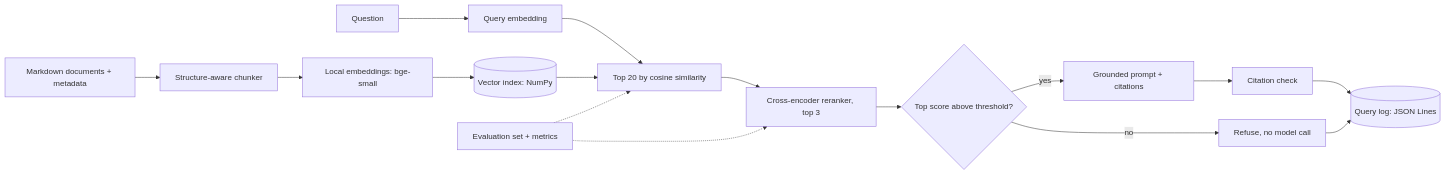
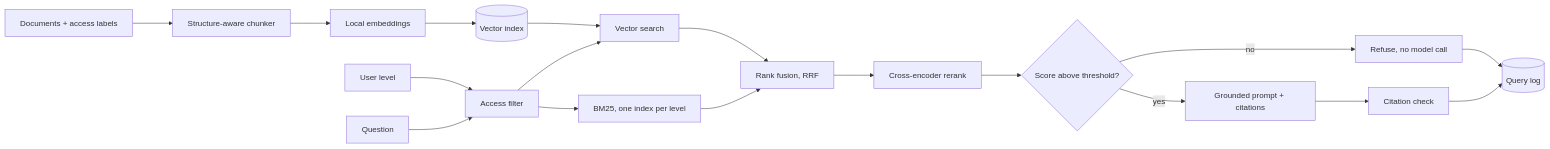
The diagram in 02-rag-app/README.md (RevDevBev/ai-platform-ProjectX84), drawn with Mermaid before and after one commit. The commit also changed other lines of this file and 2 other files, not shown here.

Commit message:
Update RAG ReadMe: retrieval comparsion, access control, tests

````diff
--- a/02-rag-app/README.md
+++ b/02-rag-app/README.md
@@ -11,18 +11,21 @@
 ```mermaid
+%%{init: {"flowchart": {"nodeSpacing": 50, "rankSpacing": 80, "diagramPadding": 900}}}%%
 flowchart LR
-  D[Markdown documents + metadata] --> C[Structure-aware chunker]
-  C --> E[Local embeddings: bge-small]
-  E --> I[(Vector index: NumPy)]
-  Q[Question] --> QE[Query embedding]
-  QE --> S[Top 20 by cosine similarity]
-  I --> S
-  S --> R[Cross-encoder reranker, top 3]
-  R --> T{Top score above threshold?}
+  D[Documents + access labels] --> C[Structure-aware chunker]
+  C --> E[Local embeddings]
+  E --> I[(Vector index)]
+  U[User level] --> F[Access filter]
+  Q[Question] --> F
+  F --> V[Vector search]
+  I --> V
+  F --> B[BM25, one index per level]
+  V --> H[Rank fusion, RRF]
+  B --> H
+  H --> R[Cross-encoder rerank]
+  R --> T{Score above threshold?}
   T -- no --> X[Refuse, no model call]
   T -- yes --> G[Grounded prompt + citations]
-  G --> V[Citation check]
-  V --> L[(Query log: JSON Lines)]
+  G --> K[Citation check]
+  K --> L[(Query log)]
   X --> L
-  EV[Evaluation set + metrics] -.-> S
-  EV -.-> R
 ```
````
